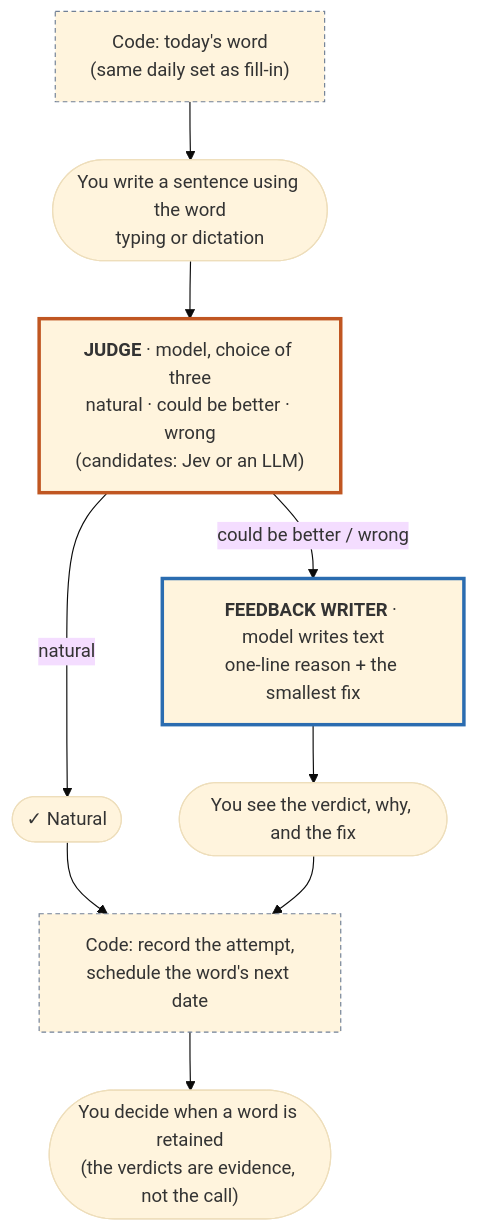
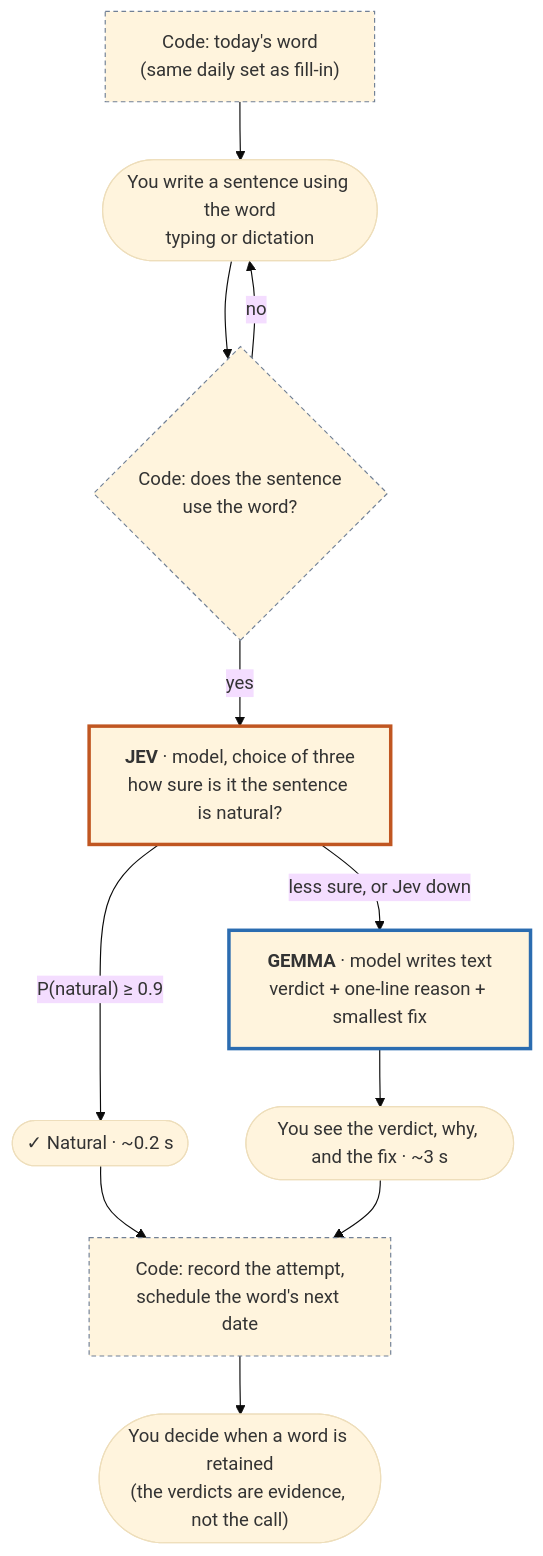
The diagram in diagrams/flow-write-a-sentence.md (nurgazik/RetAIn), drawn with Mermaid (base theme) before and after one commit. The commit also changed other lines of this file and 13 other files, not shown here.

````diff
--- a/diagrams/flow-write-a-sentence.md
+++ b/diagrams/flow-write-a-sentence.md
@@ -7,15 +5,17 @@
 ```mermaid
 flowchart TD
     A["Code: today's word<br/>(same daily set as fill-in)"]:::code --> B([You write a sentence using the word<br/>typing or dictation])
-    B --> J["<b>JUDGE</b> · model, choice of three<br/>natural · could be better · wrong<br/>(candidates: Jev or an LLM)"]:::gate
-    J -- natural --> OK(["✓ Natural"])
-    J -- "could be better / wrong" --> F["<b>FEEDBACK WRITER</b> · model writes text<br/>one-line reason + the smallest fix"]:::writer
-    F --> SHOW([You see the verdict, why, and the fix])
+    B --> CK{"Code: does the sentence<br/>use the word?"}:::code
+    CK -- no --> B
+    CK -- yes --> J["<b>JEV</b> · model, choice of three<br/>how sure is it the sentence is natural?"]:::gate
+    J -- "P(natural) ≥ 0.9" --> OK(["✓ Natural · ~0.2 s"])
+    J -- "less sure, or Jev down" --> F["<b>GEMMA</b> · model writes text<br/>verdict + one-line reason + smallest fix"]:::writer
+    F --> SHOW([You see the verdict, why, and the fix · ~3 s])
     OK --> S["Code: record the attempt,<br/>schedule the word's next date"]:::code
     SHOW --> S
     S --> RET(["You decide when a word is retained<br/>(the verdicts are evidence, not the call)"])
 
     classDef writer stroke:#2b6cb0,stroke-width:3px
     classDef gate stroke:#c05621,stroke-width:3px
     classDef code stroke:#718096,stroke-dasharray:4 3
 ```
````
